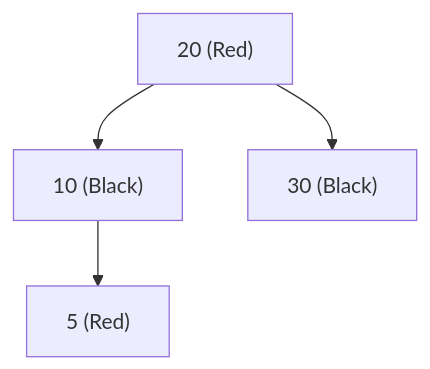
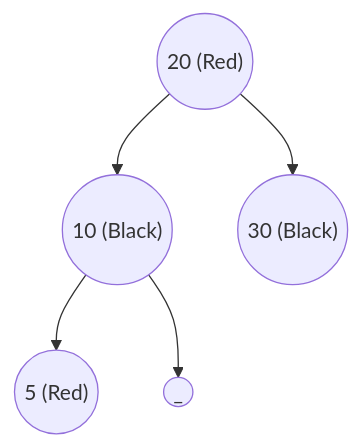
One commit to imdeepmind/imdeepmind.github.io changed diagram 13 of 31 in docs/data-structure-and-algorithms/data-structures/tree/search-tree/self-balancing-bst/red-black.md. Above: the diagram before and after it, drawn with Mermaid. The commit also changed other lines of this file, not shown here.

Commit message:
docs(tree): IMDEEPMIND-32: added docs for red black tree

````diff
--- a/docs/data-structure-and-algorithms/data-structures/tree/search-tree/self-balancing-bst/red-black.md
+++ b/docs/data-structure-and-algorithms/data-structures/tree/search-tree/self-balancing-bst/red-black.md
@@ -324,9 +325,10 @@
 ```mermaid
 graph TD
-    G["20 (Red)"]
+    G(("20 (Red)"))
 
-    G --> P["10 (Black)"]
-    G --> U["30 (Black)"]
+    G --> P(("10 (Black)"))
+    G --> U(("30 (Black)"))
 
-    P --> N["5 (Red)"]
+    P --> N(("5 (Red)"))
+    P --> M(("_"))
 ```
````
